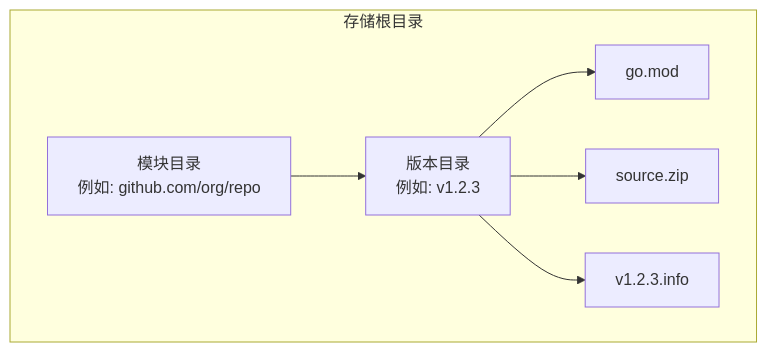
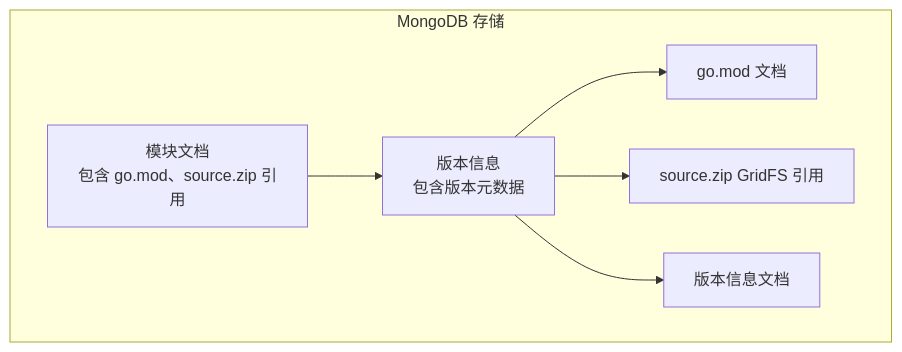
The second of 4 diagrams in .qoder/repowiki/zh/content/配置参考/存储后端配置/文件系统存储配置.md (leimeng-go/athens), drawn with Mermaid before and after one commit. The commit also changed other lines of this file and 14 other files, not shown here.

````diff
--- a/.qoder/repowiki/zh/content/配置参考/存储后端配置/文件系统存储配置.md
+++ b/.qoder/repowiki/zh/content/配置参考/存储后端配置/文件系统存储配置.md
@@ -97,11 +81,11 @@
 ```mermaid
 graph TB
-subgraph "存储根目录"
-M["模块目录<br/>例如: github.com/org/repo"]
-V["版本目录<br/>例如: v1.2.3"]
+subgraph "MongoDB 存储"
+M["模块文档<br/>包含 go.mod、source.zip 引用"]
+V["版本信息<br/>包含版本元数据"]
 M --> V
-V --> F1["go.mod"]
-V --> F2["source.zip"]
-V --> F3["v1.2.3.info"]
+V --> F1["go.mod 文档"]
+V --> F2["source.zip GridFS 引用"]
+V --> F3["版本信息文档"]
 end
 ```
````
